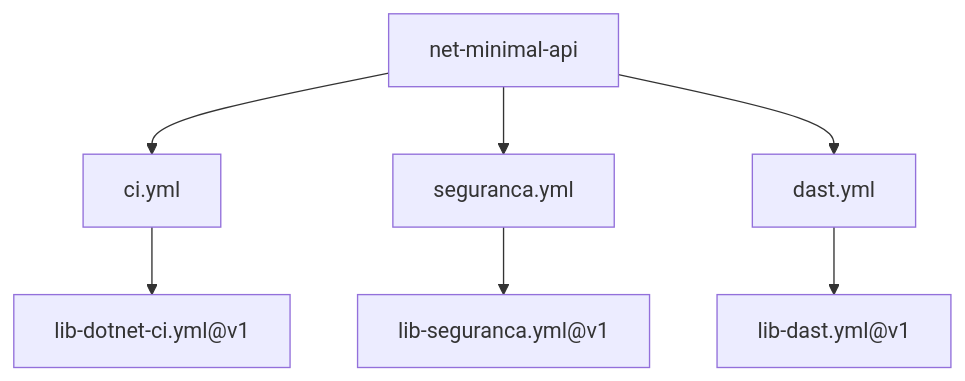
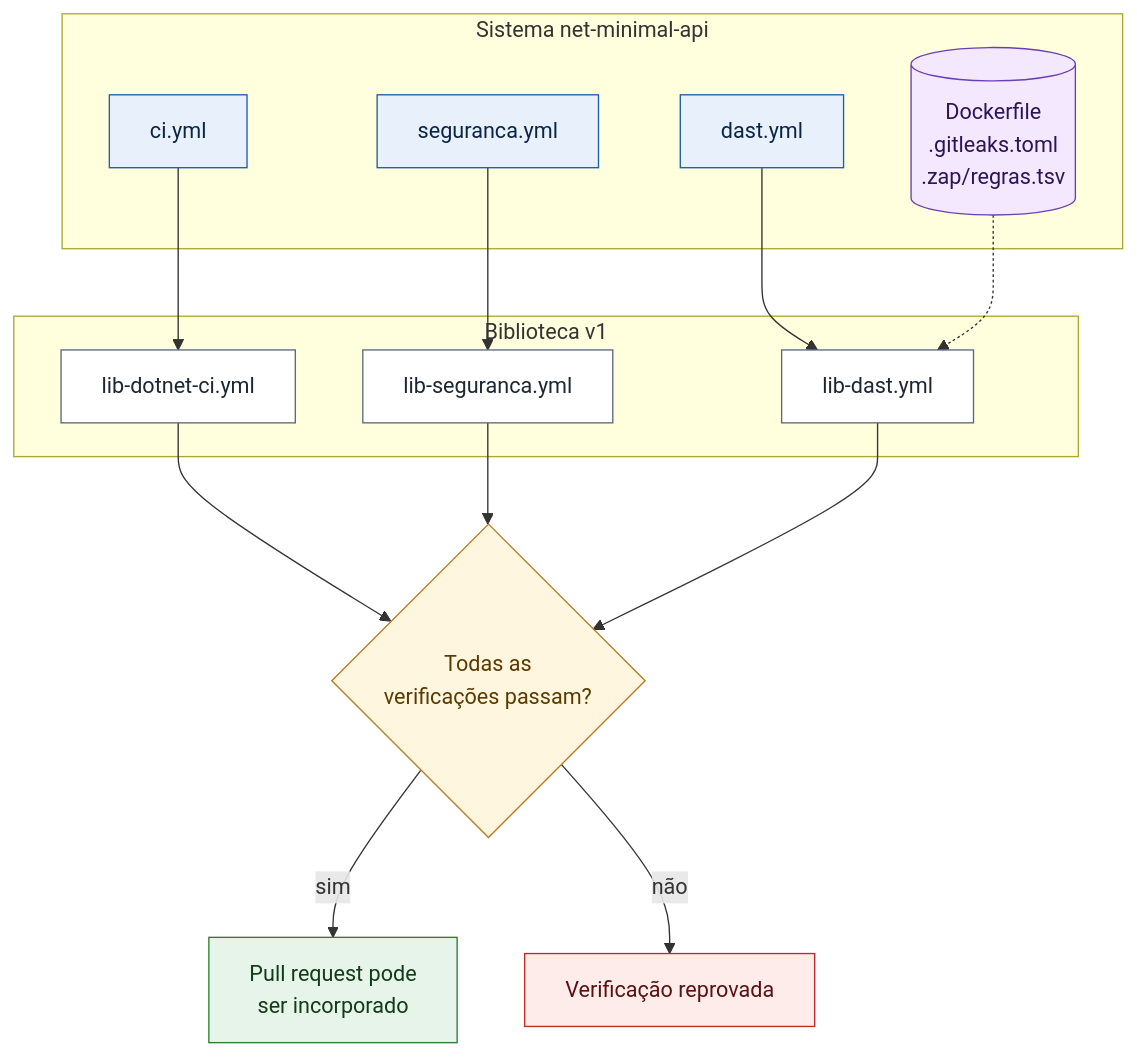
Before and after one commit to arkhibr/devops-fluxos-c3dm: the diagram in cenarios/14-sistema-existente/README.md, drawn with Mermaid. The commit also changed other lines of this file and 7 other files, not shown here.

First line of the commit message:
docs(cenarios): trechos de workflow, links e diagramas dos cenários 08 a 14 (#26)

````diff
--- a/cenarios/14-sistema-existente/README.md
+++ b/cenarios/14-sistema-existente/README.md
@@ -23,9 +21,31 @@
 ```mermaid
 flowchart TB
-    S["net-minimal-api"] --> A["ci.yml"]
-    S --> B["seguranca.yml"]
-    S --> C["dast.yml"]
-    A --> L1["lib-dotnet-ci.yml@v1"]
-    B --> L2["lib-seguranca.yml@v1"]
-    C --> L3["lib-dast.yml@v1"]
+    subgraph sis["Sistema net-minimal-api"]
+        A["ci.yml"]:::gatilho
+        B["seguranca.yml"]:::gatilho
+        C["dast.yml"]:::gatilho
+        CFG[("Dockerfile<br/>.gitleaks.toml<br/>.zap/regras.tsv")]:::artefato
+    end
+    subgraph lib["Biblioteca v1"]
+        L1["lib-dotnet-ci.yml"]:::etapa
+        L2["lib-seguranca.yml"]:::etapa
+        L3["lib-dast.yml"]:::etapa
+    end
+    G{"Todas as<br/>verificações passam?"}:::verificacao
+    OK["Pull request pode<br/>ser incorporado"]:::sucesso
+    X["Verificação reprovada"]:::falha
+    A --> L1
+    B --> L2
+    C --> L3
+    CFG -.-> L3
+    L1 & L2 & L3 --> G
+    G -- "sim" --> OK
+    G -- "não" --> X
+
+    classDef gatilho fill:#E8F1FB,stroke:#1F5FA8,color:#0B2545
+    classDef etapa fill:#FFFFFF,stroke:#5B6B7F,color:#1B2733
+    classDef verificacao fill:#FFF6E0,stroke:#B7791F,color:#5A3A00
+    classDef sucesso fill:#E6F4EA,stroke:#2E7D32,color:#123B17
+    classDef falha fill:#FDECEA,stroke:#C62828,color:#5B1111
+    classDef artefato fill:#F3E8FD,stroke:#6A3FB5,color:#2D1457
 ```
````
